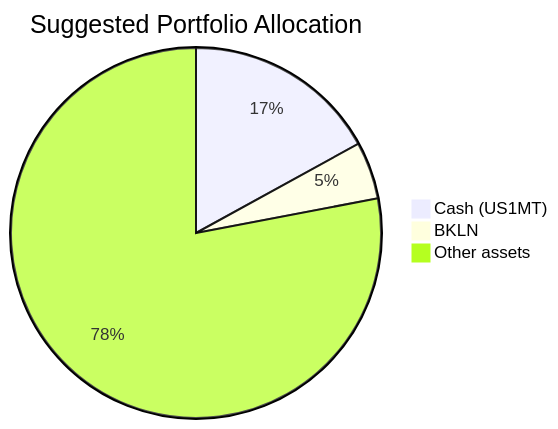
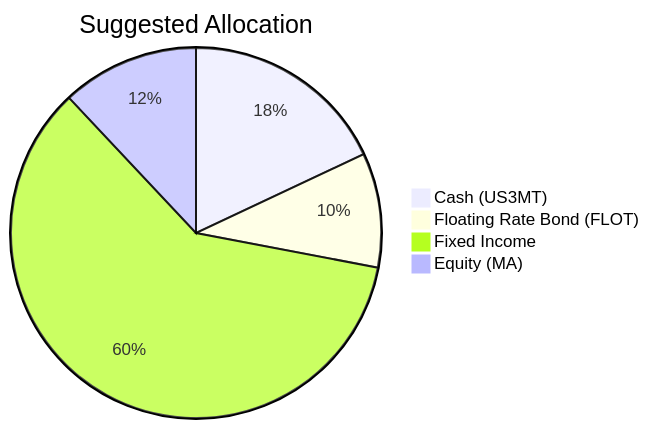
Before and after one commit to roger249/Bot-collaboration: the sixth of 20 diagrams in docs/sample outputs/product_investor_matching-deepseek-v4-flash.md, drawn with Mermaid. The commit also changed other lines of this file and 20 other files, not shown here.

````diff
--- a/docs/sample outputs/product_investor_matching-deepseek-v4-flash.md
+++ b/docs/sample outputs/product_investor_matching-deepseek-v4-flash.md
@@ -136,6 +116,7 @@
 ```mermaid
-pie title Suggested Portfolio Allocation
-    "Cash (US1MT)" : 17
-    "BKLN" : 5
-    "Other assets" : 78
+pie title Suggested Allocation
+    "Cash (US3MT)" : 18.0
+    "Floating Rate Bond (FLOT)" : 10.0
+    "Fixed Income" : 60.0
+    "Equity (MA)" : 12.0
 ```
````
